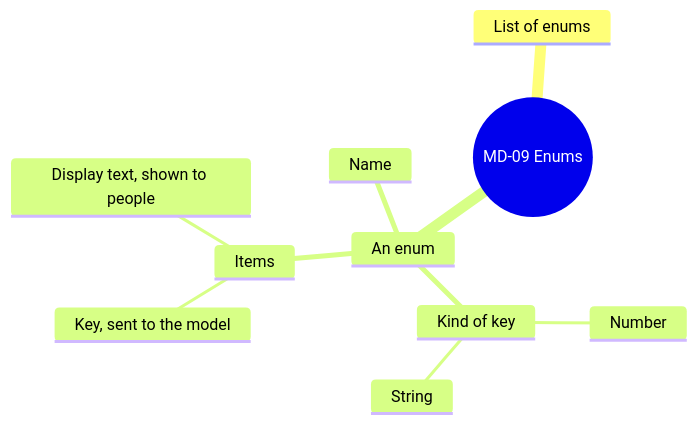
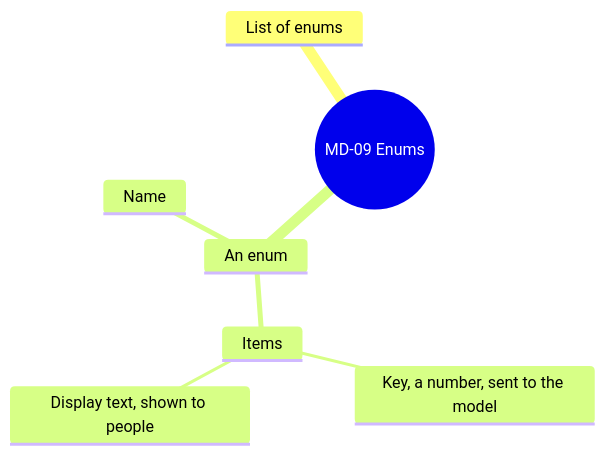
Before and after one commit to AlexandreGallais/synoptic-studio-spec: diagram 13 of 13 in screens/metadata.md, drawn with Mermaid. The commit also changed other lines of this file and 6 other files, not shown here.

````diff
--- a/screens/metadata.md
+++ b/screens/metadata.md
@@ -381,13 +386,10 @@
 ```mermaid
 mindmap
   root((MD-09 Enums))
     List of enums
     An enum
       Name
-      Kind of key
-        Number
-        String
       Items
-        Key, sent to the model
+        Key, a number, sent to the model
         Display text, shown to people
 ```
````
